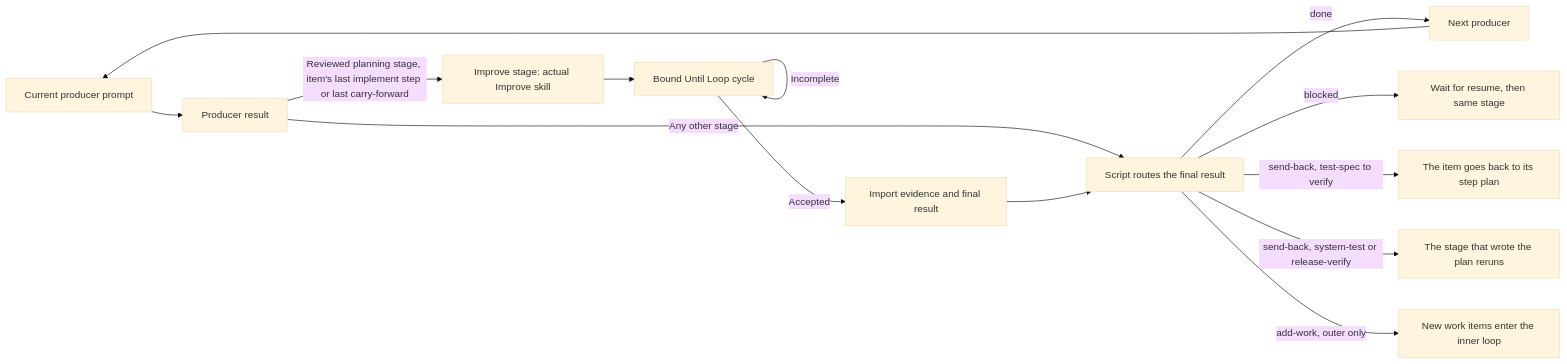
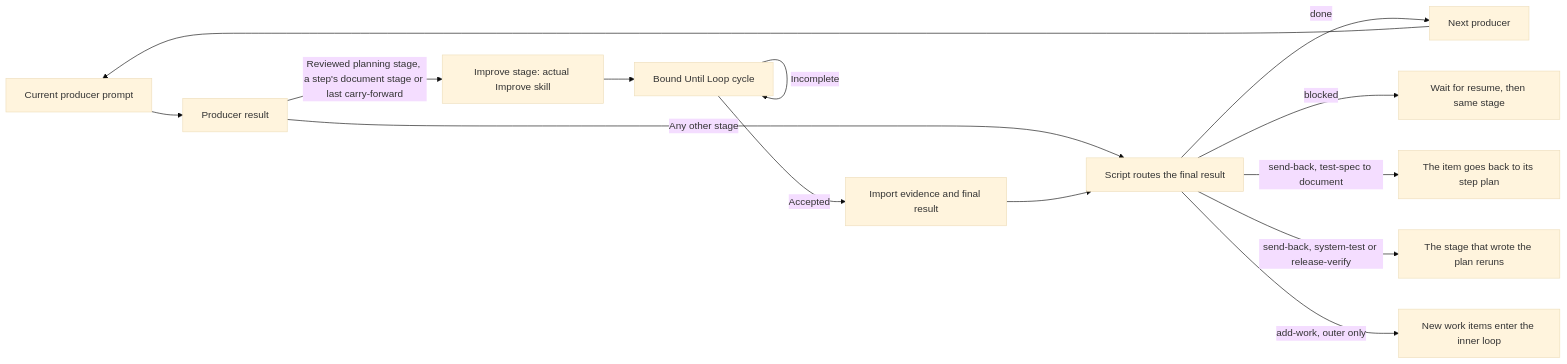
Before and after one commit to whichguy/skill-craft: the first of 4 diagrams in plugins/skill-craft/skills/shiploop/references/navigator.md, drawn with Mermaid (base theme). The commit also changed other lines of this file and 111 other files, not shown here.

First line of the commit message:
release: skill-craft 2.23.0, improve 0.7.3, shiploop 1.22.0, shiploop-e2e-audit 0.7.13, shiploop-run-review 0.5.0

````diff
--- a/plugins/skill-craft/skills/shiploop/references/navigator.md
+++ b/plugins/skill-craft/skills/shiploop/references/navigator.md
@@ -21,16 +21,16 @@
 ```mermaid
 flowchart LR
   P[Current producer prompt] --> R[Producer result]
-  R -->|Reviewed planning stage, item's last implement step or last carry-forward| I[Improve stage: actual Improve skill]
+  R -->|Reviewed planning stage, a step's document stage or last carry-forward| I[Improve stage: actual Improve skill]
   R -->|Any other stage| F
   I --> U[Bound Until Loop cycle]
   U -->|Incomplete| U
   U -->|Accepted| C[Import evidence and final result]
   C --> F[Script routes the final result]
   F -->|done| N[Next producer]
   F -->|blocked| B[Wait for resume, then same stage]
-  F -->|send-back, test-spec to verify| SB[The item goes back to its step plan]
+  F -->|send-back, test-spec to document| SB[The item goes back to its step plan]
   F -->|send-back, system-test or release-verify| SO[The stage that wrote the plan reruns]
   F -->|add-work, outer only| W[New work items enter the inner loop]
   N --> P
 ```
````
